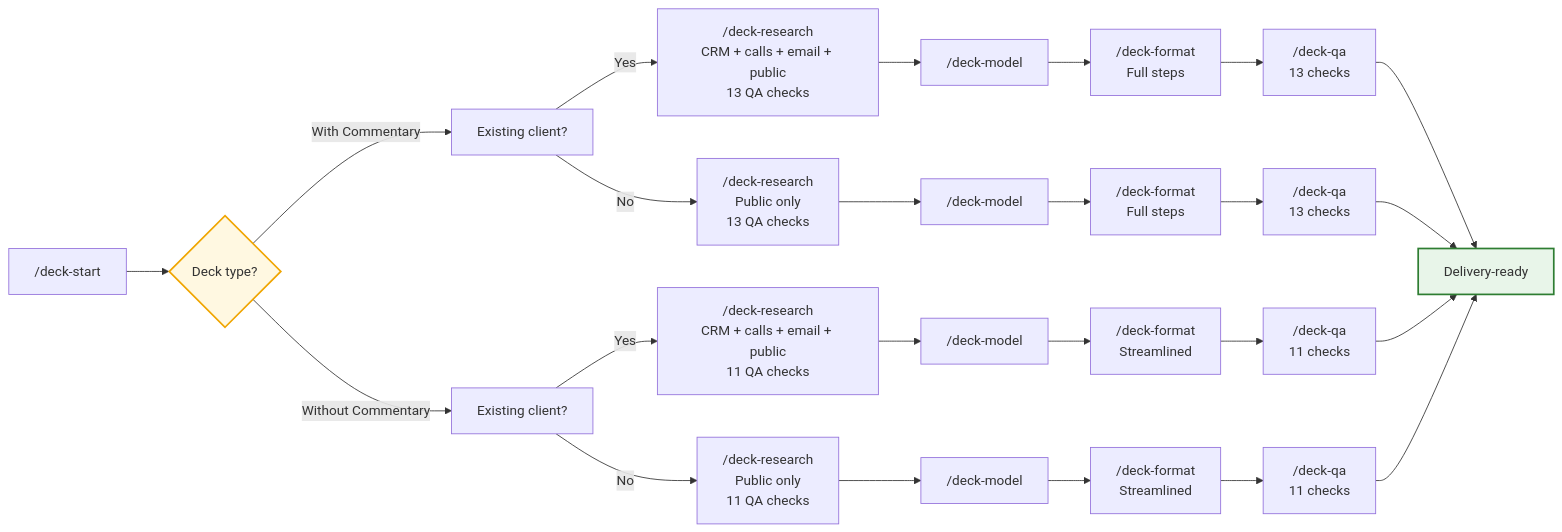
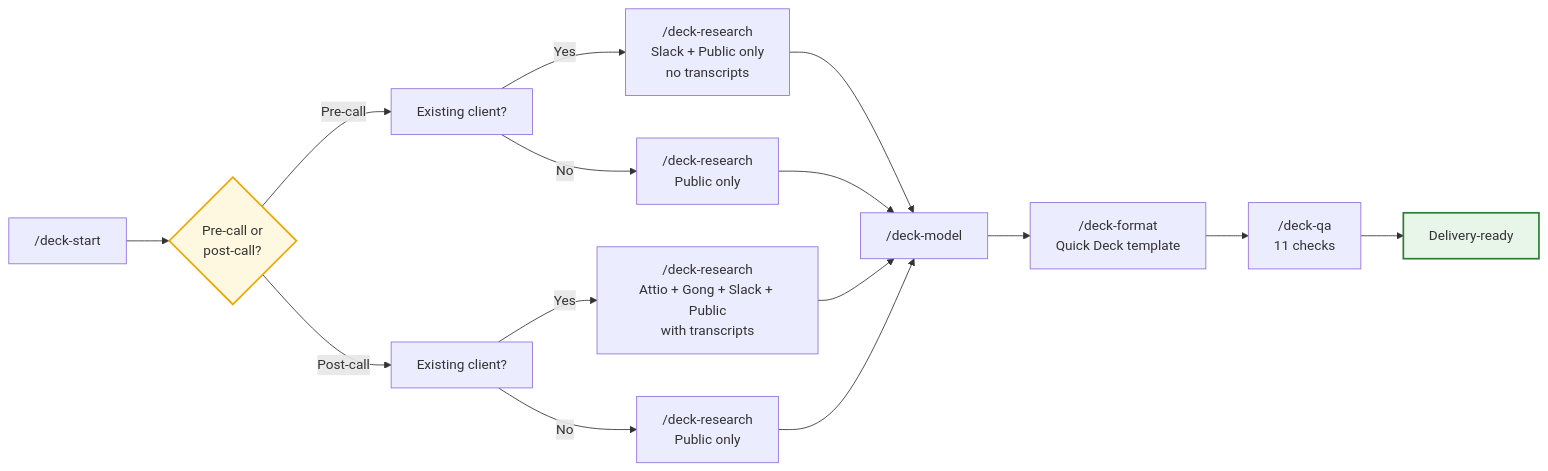
Before and after one commit to Jolly-Incentineering/opportunity-analysis: the diagram in README.md, drawn with Mermaid. The commit also changed other lines of this file and 5 other files, not shown here.

First line of the commit message:
Simplify workflow to single Quick Deck template with context-aware research

````diff
--- a/README.md
+++ b/README.md
@@ -83,37 +85,28 @@
 ```mermaid
 flowchart LR
-    START["/deck-start"] --> DTYPE
-    DTYPE{"Deck type?"}
+    START["/deck-start"] --> CONTEXT
+    CONTEXT{"Pre-call or<br/>post-call?"}
 
-    DTYPE -->|With Commentary| DETECT1["Existing client?"]
-    DTYPE -->|Without Commentary| DETECT2["Existing client?"]
+    CONTEXT -->|Pre-call| DETECT1["Existing client?"]
+    CONTEXT -->|Post-call| DETECT2["Existing client?"]
 
-    DETECT1 -->|Yes| RA["/deck-research<br/>CRM + calls + email + public<br/>13 QA checks"]
-    DETECT1 -->|No| RB1["/deck-research<br/>Public only<br/>13 QA checks"]
+    DETECT1 -->|Yes| RA["/deck-research<br/>Slack + Public only<br/>no transcripts"]
+    DETECT1 -->|No| RB["/deck-research<br/>Public only"]
 
-    DETECT2 -->|Yes| RC["/deck-research<br/>CRM + calls + email + public<br/>11 QA checks"]
-    DETECT2 -->|No| RD["/deck-research<br/>Public only<br/>11 QA checks"]
+    DETECT2 -->|Yes| RC["/deck-research<br/>Attio + Gong + Slack + Public<br/>with transcripts"]
+    DETECT2 -->|No| RD["/deck-research<br/>Public only"]
 
-    RA --> MODEL_A["/deck-model"]
-    RB1 --> MODEL_B["/deck-model"]
-    RC --> MODEL_C["/deck-model"]
-    RD --> MODEL_D["/deck-model"]
+    RA --> MODEL["/deck-model"]
+    RB --> MODEL
+    RC --> MODEL
+    RD --> MODEL
 
-    MODEL_A --> FORMAT_A["/deck-format<br/>Full steps"]
-    MODEL_B --> FORMAT_B["/deck-format<br/>Full steps"]
-    MODEL_C --> FORMAT_C["/deck-format<br/>Streamlined"]
-    MODEL_D --> FORMAT_D["/deck-format<br/>Streamlined"]
+    MODEL --> FORMAT["/deck-format<br/>Quick Deck template"]
 
-    FORMAT_A --> QA_A["/deck-qa<br/>13 checks"]
-    FORMAT_B --> QA_B["/deck-qa<br/>13 checks"]
-    FORMAT_C --> QA_C["/deck-qa<br/>11 checks"]
-    FORMAT_D --> QA_D["/deck-qa<br/>11 checks"]
+    FORMAT --> QA["/deck-qa<br/>11 checks"]
 
-    QA_A --> DONE["Delivery-ready"]
-    QA_B --> DONE
-    QA_C --> DONE
-    QA_D --> DONE
+    QA --> DONE["Delivery-ready"]
 
-    style DTYPE fill:#fff8e1,stroke:#f0a500,stroke-width:2px
+    style CONTEXT fill:#fff8e1,stroke:#f0a500,stroke-width:2px
     style DONE fill:#e8f5e9,stroke:#2e7d32,stroke-width:2px
 ```
````
